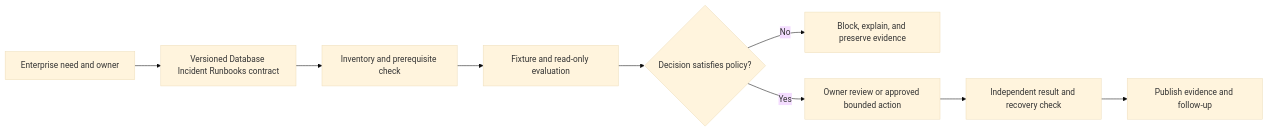
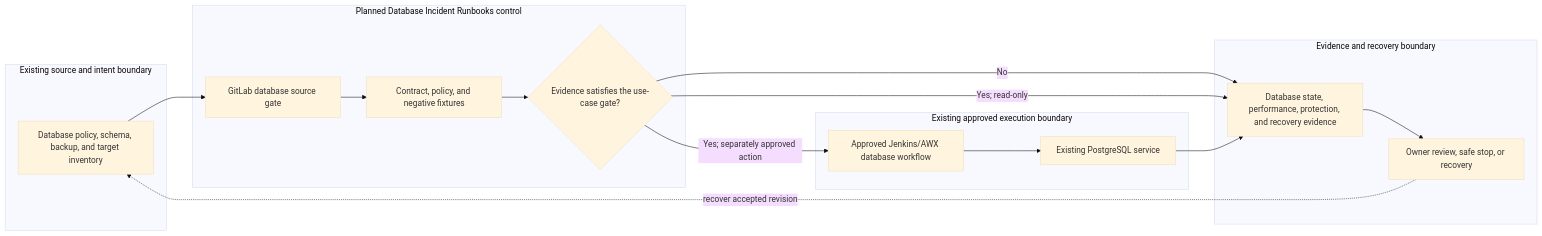
One commit to MIDHTECH/enterprise-architecture-docs changed the diagram in docs/use-cases/database/UC-DB-019-database-incident-runbooks.md. Above: the diagram before and after it, drawn with Mermaid (base theme). The commit also changed other lines of this file and 227 other files, not shown here.

Commit message:
Deepen architecture for all use case designs

````diff
--- a/docs/use-cases/database/UC-DB-019-database-incident-runbooks.md
+++ b/docs/use-cases/database/UC-DB-019-database-incident-runbooks.md
@@ -136,11 +129,25 @@
 ```mermaid
 flowchart LR
-    Need["Enterprise need and owner"] --> Contract["Versioned Database Incident Runbooks contract"]
-    Contract --> Preflight["Inventory and prerequisite check"]
-    Preflight --> Evaluate["Fixture and read-only evaluation"]
-    Evaluate --> Decision{"Decision satisfies policy?"}
-    Decision -->|No| Stop["Block, explain, and preserve evidence"]
-    Decision -->|Yes| Review["Owner review or approved bounded action"]
-    Review --> Verify["Independent result and recovery check"]
-    Verify --> Publish["Publish evidence and follow-up"]
+    subgraph Source["Existing source and intent boundary"]
+        A["Database policy, schema, backup, and target inventory"]
+    end
+    subgraph Planned["Planned Database Incident Runbooks control"]
+        B["GitLab database source gate"]
+        C["Contract, policy, and negative fixtures"]
+        D{"Evidence satisfies the use-case gate?"}
+    end
+    subgraph Runtime["Existing approved execution boundary"]
+        E["Approved Jenkins/AWX database workflow"]
+        F["Existing PostgreSQL service"]
+    end
+    subgraph Assurance["Evidence and recovery boundary"]
+        G["Database state, performance, protection, and recovery evidence"]
+        H["Owner review, safe stop, or recovery"]
+    end
+
+    A --> B --> C --> D
+    D -->|No| G --> H
+    D -->|Yes; read-only| G
+    D -->|Yes; separately approved action| E --> F --> G
+    H -. recover accepted revision .-> A
 ```
````
